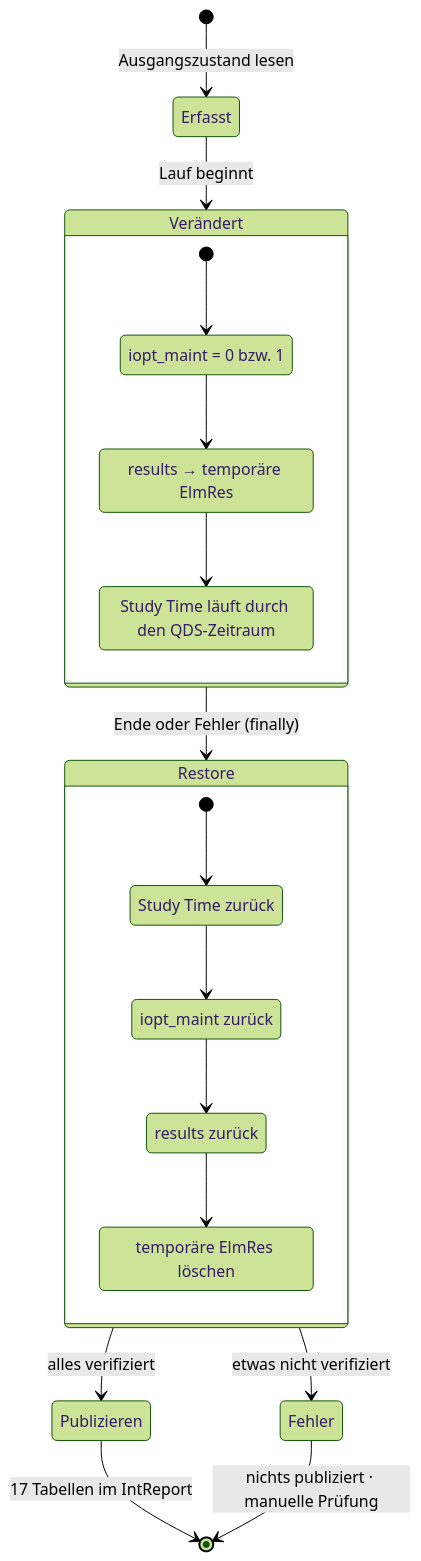
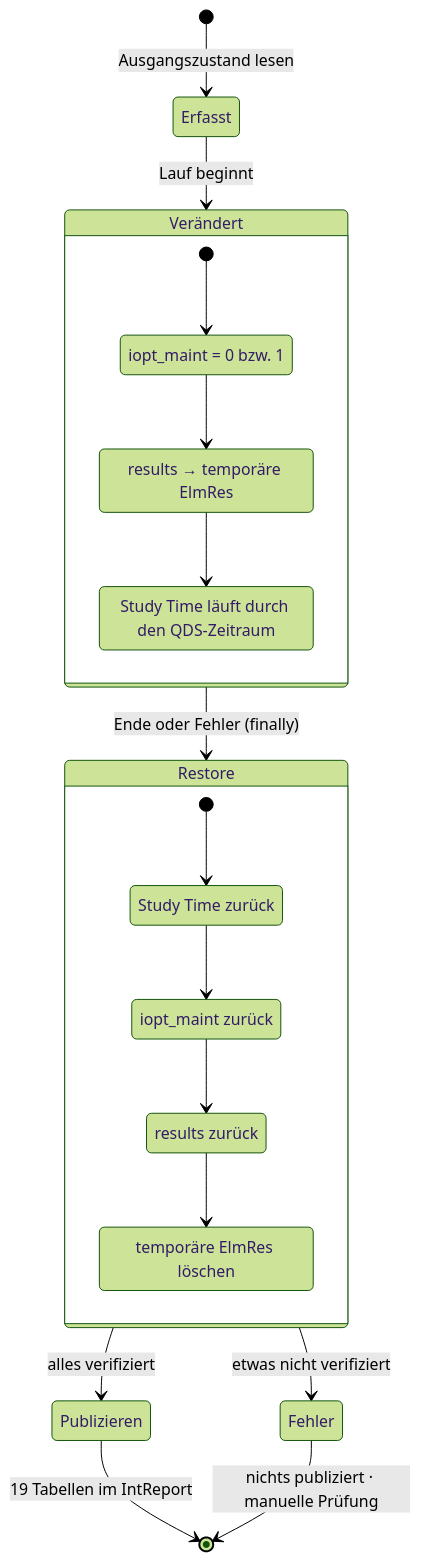
Before and after one commit to hadiibrahim-Engin/gridlens-powerfactory: the sixth of 8 diagrams in BIG_PICTURE.md, drawn with Mermaid (forest theme). The commit also changed other lines of this file and 7 other files, not shown here.

````diff
--- a/BIG_PICTURE.md
+++ b/BIG_PICTURE.md
@@ -213,28 +213,28 @@
 ```mermaid
 stateDiagram-v2
     [*] --> Erfasst: Ausgangszustand lesen
     Erfasst --> Verändert: Lauf beginnt
     state Verändert {
         state "iopt_maint = 0 bzw. 1" as Option
         state "results → temporäre ElmRes" as Bindung
         state "Study Time läuft durch den QDS-Zeitraum" as Uhr
         [*] --> Option
         Option --> Bindung
         Bindung --> Uhr
     }
     Verändert --> Restore: Ende oder Fehler (finally)
     state Restore {
         state "Study Time zurück" as R1
         state "iopt_maint zurück" as R2
         state "results zurück" as R3
         state "temporäre ElmRes löschen" as R4
         [*] --> R1
         R1 --> R2
         R2 --> R3
         R3 --> R4
     }
     Restore --> Publizieren: alles verifiziert
     Restore --> Fehler: etwas nicht verifiziert
-    Publizieren --> [*]: 17 Tabellen im IntReport
+    Publizieren --> [*]: 19 Tabellen im IntReport
     Fehler --> [*]: nichts publiziert · manuelle Prüfung
 ```
````
